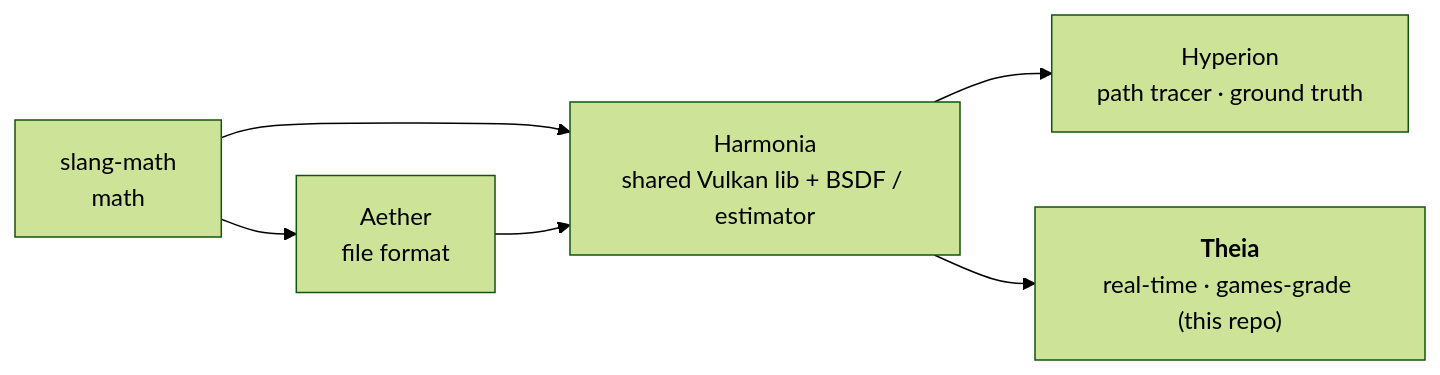
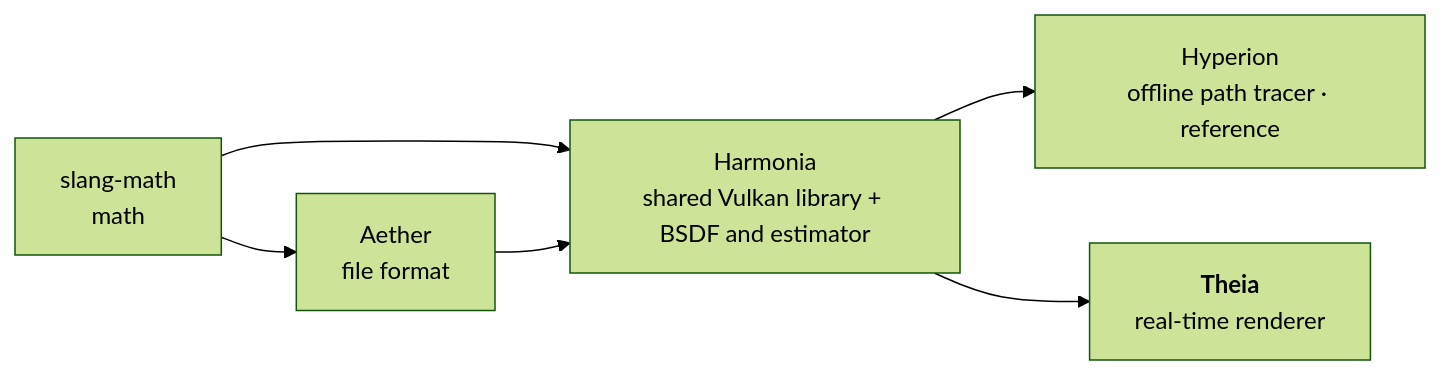
One commit to McNopper/Theia changed the diagram in PLAN.md. Above: the diagram before and after it, drawn with Mermaid (forest theme). The commit also changed other lines of this file and 5 other files, not shown here.

````diff
--- a/PLAN.md
+++ b/PLAN.md
@@ -1435,8 +11,8 @@
 ```mermaid
 flowchart LR
     SM["slang-math<br/>math"] --> A["Aether<br/>file format"]
     SM --> H
-    A --> H["Harmonia<br/>shared Vulkan lib + BSDF / estimator"]
-    H --> Hy["Hyperion<br/>path tracer · ground truth"]
-    H --> T["<b>Theia</b><br/>real-time · games-grade (this repo)"]
+    A --> H["Harmonia<br/>shared Vulkan library + BSDF and estimator"]
+    H --> Hy["Hyperion<br/>offline path tracer · reference"]
+    H --> T["<b>Theia</b><br/>real-time renderer"]
 ```
````
